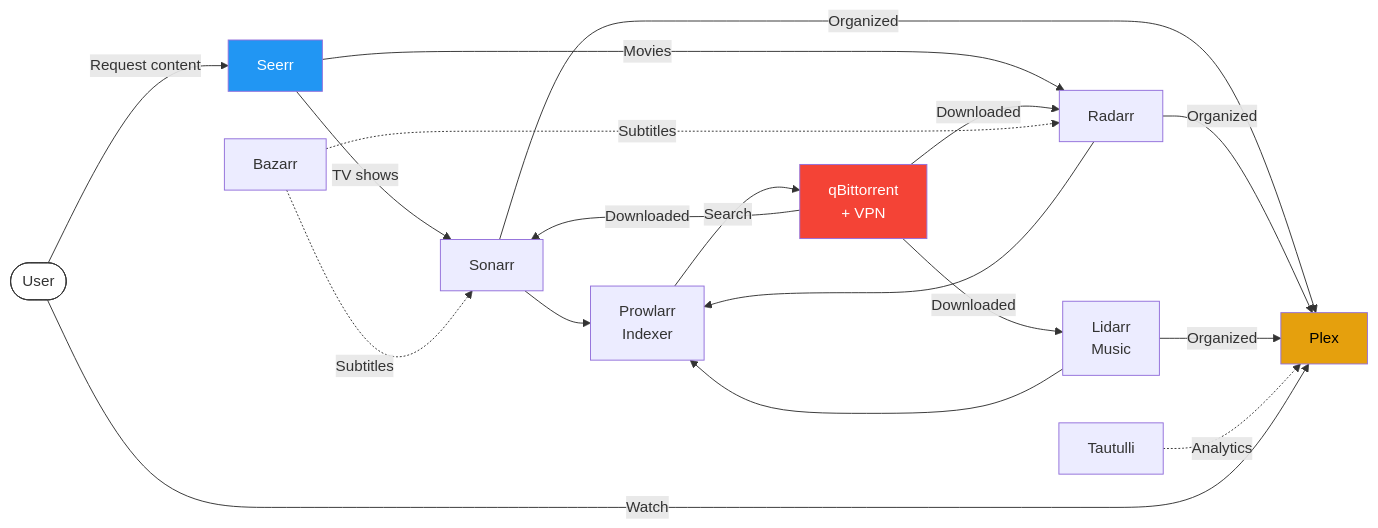
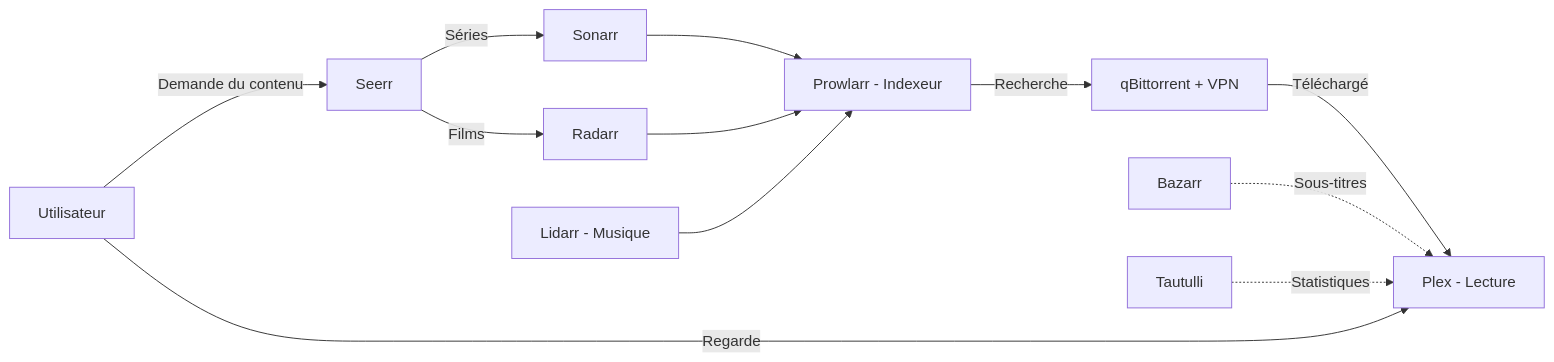
The second of 6 diagrams in README.md (Wifsimster/docker-setup), drawn with Mermaid before and after one commit. The commit also changed other lines of this file and 6 other files, not shown here.

````diff
--- a/README.md
+++ b/README.md
@@ -37,25 +76,14 @@
 ```mermaid
 graph LR
-    User([User]) -->|Request content| Seerr
-    Seerr -->|TV shows| Sonarr
-    Seerr -->|Movies| Radarr
-    Sonarr --> Prowlarr[Prowlarr<br>Indexer]
+    U[Utilisateur] -->|Demande du contenu| Seerr
+    Seerr -->|Séries| Sonarr
+    Seerr -->|Films| Radarr
+    Sonarr --> Prowlarr[Prowlarr - Indexeur]
     Radarr --> Prowlarr
-    Lidarr[Lidarr<br>Music] --> Prowlarr
-    Prowlarr -->|Search| qBit[qBittorrent<br>+ VPN]
-    qBit -->|Downloaded| Sonarr
-    qBit -->|Downloaded| Radarr
-    qBit -->|Downloaded| Lidarr
-    Sonarr -->|Organized| Plex
-    Radarr -->|Organized| Plex
-    Lidarr -->|Organized| Plex
-    Bazarr -.->|Subtitles| Sonarr
-    Bazarr -.->|Subtitles| Radarr
-    Tautulli -.->|Analytics| Plex
-    User -->|Watch| Plex
-
-    style User fill:#fff,stroke:#333
-    style Plex fill:#E5A00D,color:#000
-    style Seerr fill:#2196F3,color:#fff
-    style qBit fill:#F44336,color:#fff
+    Lidarr[Lidarr - Musique] --> Prowlarr
+    Prowlarr -->|Recherche| qBit[qBittorrent + VPN]
+    qBit -->|Téléchargé| Plex[Plex - Lecture]
+    Bazarr -.->|Sous-titres| Plex
+    Tautulli -.->|Statistiques| Plex
+    U -->|Regarde| Plex
 ```
````
